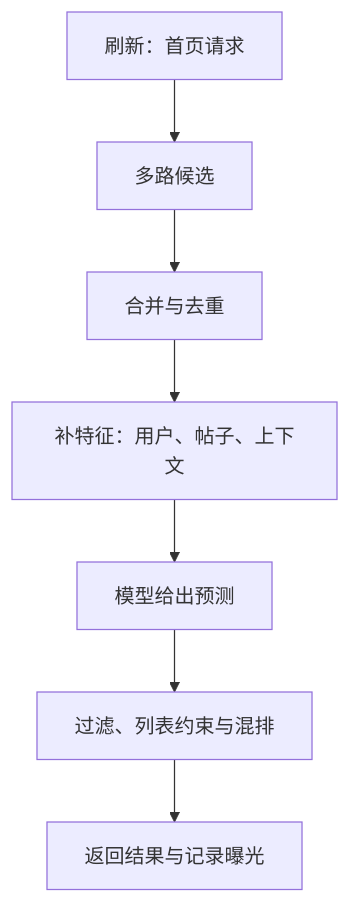
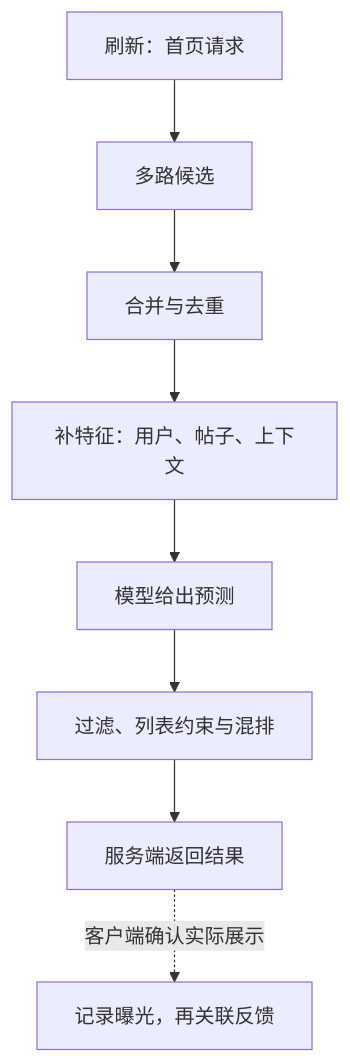
The diagram in practice/recommender-systems/01-feed-pipeline.md (tianyi-zhang-02/cooking-agi), drawn with Mermaid before and after one commit. The commit also changed other lines of this file and 457 other files, not shown here.

````diff
--- a/practice/recommender-systems/01-feed-pipeline.md
+++ b/practice/recommender-systems/01-feed-pipeline.md
@@ -19,9 +19,10 @@
 ```mermaid
 flowchart TD
  A["刷新：首页请求"] --> B["多路候选"]
  B --> C["合并与去重"]
  C --> D["补特征：用户、帖子、上下文"]
  D --> E["模型给出预测"]
  E --> F["过滤、列表约束与混排"]
- F --> G["返回结果与记录曝光"]
+ F --> G["服务端返回结果"]
+ G -. "客户端确认实际展示" .-> H["记录曝光，再关联反馈"]
 ```
````
